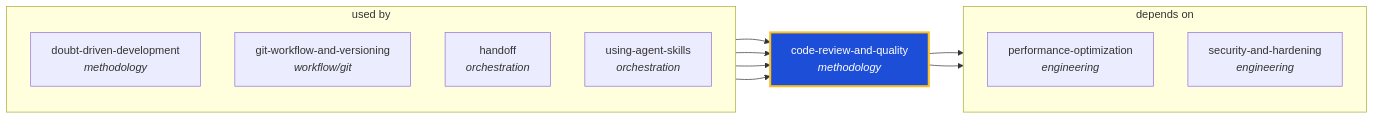
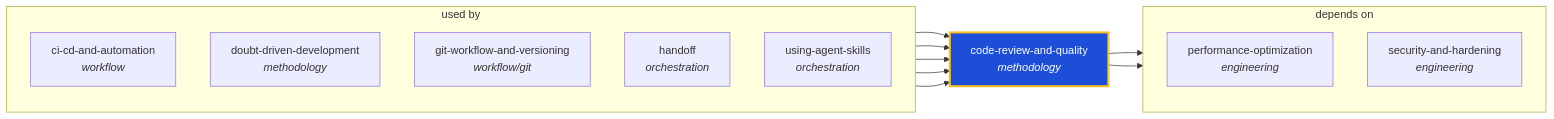
One commit to ThePlenkov/skills changed the diagram in docs/graphs/generated/code-review-and-quality.md. Above: the diagram before and after it, drawn with Mermaid. The commit also changed other lines of this file and 40 other files, not shown here.

````diff
--- a/docs/graphs/generated/code-review-and-quality.md
+++ b/docs/graphs/generated/code-review-and-quality.md
@@ -22,26 +22,28 @@
 ```mermaid
 graph LR
   code_review_and_quality["code-review-and-quality<br/><i>methodology</i>"]
   classDef center fill:#1d4ed8,stroke:#fbbf24,stroke-width:3px,color:#fff
   class code_review_and_quality center
 
   subgraph sg_used_by["used by"]
     direction TB
+    ci_cd_and_automation["ci-cd-and-automation<br/><i>workflow</i>"]
     doubt_driven_development["doubt-driven-development<br/><i>methodology</i>"]
     git_workflow_and_versioning["git-workflow-and-versioning<br/><i>workflow/git</i>"]
     handoff["handoff<br/><i>orchestration</i>"]
     using_agent_skills["using-agent-skills<br/><i>orchestration</i>"]
   end
+  ci_cd_and_automation --> code_review_and_quality
   doubt_driven_development --> code_review_and_quality
   git_workflow_and_versioning --> code_review_and_quality
   handoff --> code_review_and_quality
   using_agent_skills --> code_review_and_quality
 
   subgraph sg_depends_on["depends on"]
     direction TB
     performance_optimization["performance-optimization<br/><i>engineering</i>"]
     security_and_hardening["security-and-hardening<br/><i>engineering</i>"]
   end
   code_review_and_quality --> performance_optimization
   code_review_and_quality --> security_and_hardening
 ```
````
